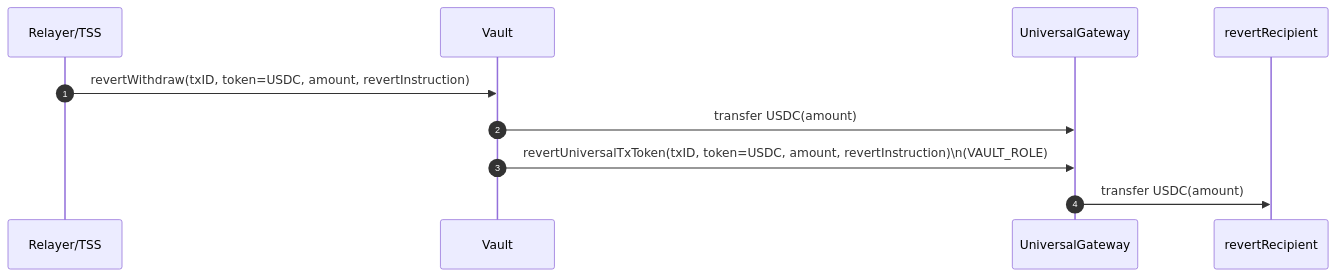
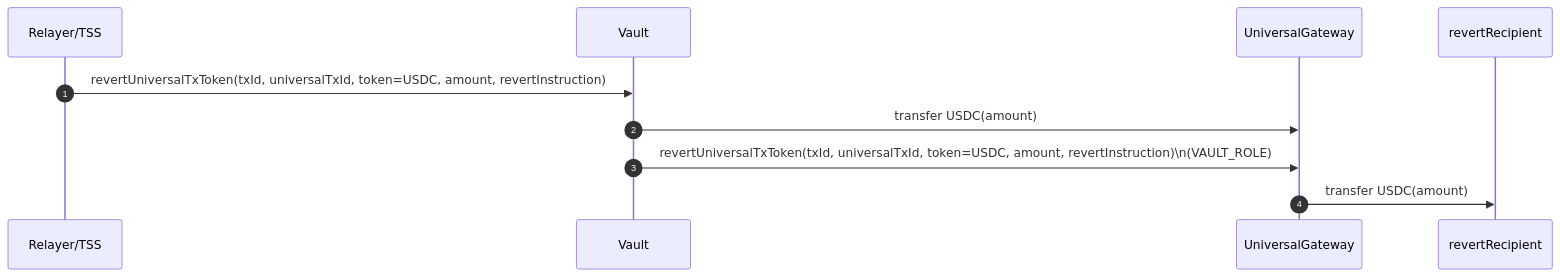
Before and after one commit to pushchain/push-chain-gateway-contracts: the fifth of 6 diagrams in contracts/evm-gateway/docs/4_OutboundTx_Flows.md, drawn with Mermaid. The commit also changed other lines of this file and 26 other files, not shown here.

````diff
--- a/contracts/evm-gateway/docs/4_OutboundTx_Flows.md
+++ b/contracts/evm-gateway/docs/4_OutboundTx_Flows.md
@@ -196,13 +182,13 @@
 ```mermaid
 sequenceDiagram
     autonumber
     participant TSS as Relayer/TSS
     participant V as Vault
     participant G as UniversalGateway
     participant R as revertRecipient
 
-    TSS->>V: revertWithdraw(txID, token=USDC, amount, revertInstruction)
+    TSS->>V: revertUniversalTxToken(txId, universalTxId, token=USDC, amount, revertInstruction)
     V->>G: transfer USDC(amount)
-    V->>G: revertUniversalTxToken(txID, token=USDC, amount, revertInstruction)\n(VAULT_ROLE)
+    V->>G: revertUniversalTxToken(txId, universalTxId, token=USDC, amount, revertInstruction)\n(VAULT_ROLE)
     G->>R: transfer USDC(amount)
 ```
````
